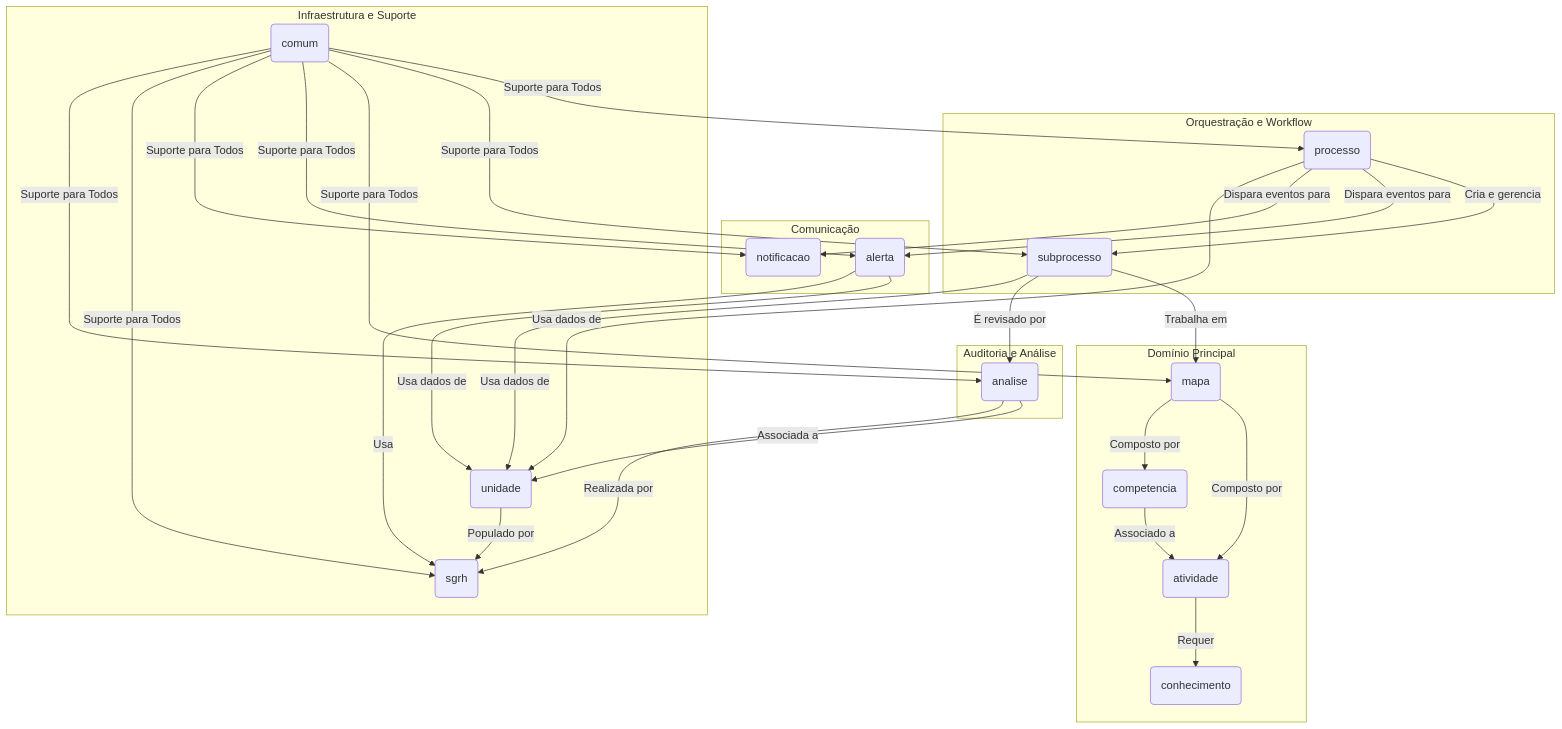
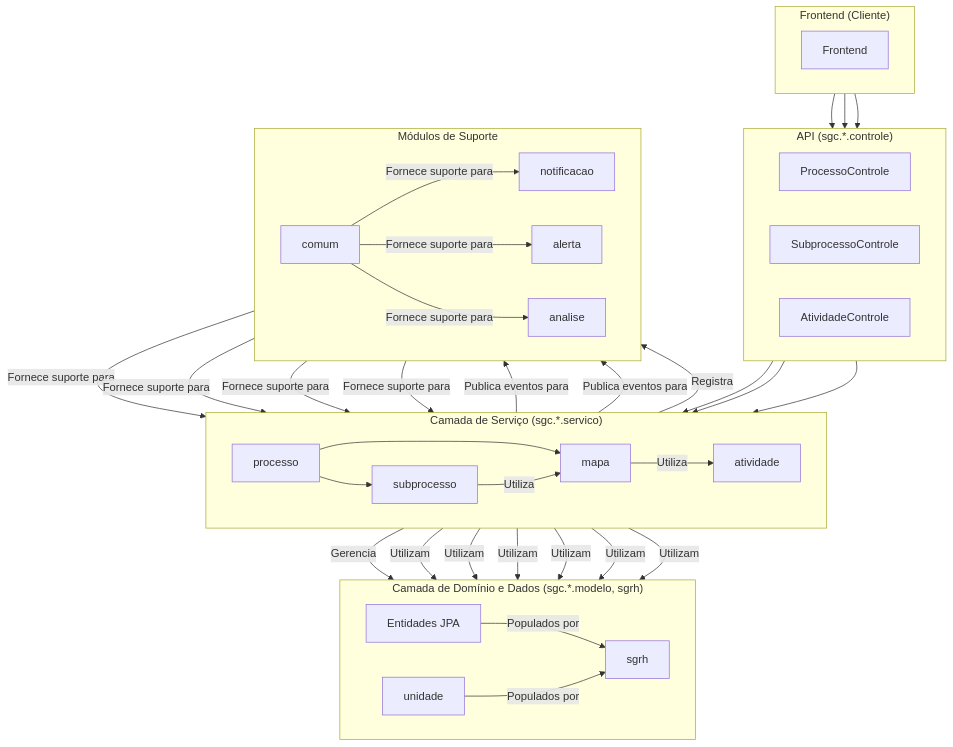
The diagram in backend/README.md (lgalvao/sgc), drawn with Mermaid before and after one commit. The commit also changed other lines of this file and 12 other files, not shown here.

````diff
--- a/backend/README.md
+++ b/backend/README.md
@@ -9,58 +11,61 @@
 ```mermaid
 graph TD
-    subgraph "Orquestração e Workflow"
-        P(processo)
-        SP(subprocesso)
+    subgraph "Frontend (Cliente)"
+        direction LR
+        Frontend
     end
 
-    subgraph "Domínio Principal"
-        M(mapa)
-        A(atividade)
-        C(competencia)
-        K(conhecimento)
+    subgraph "API (sgc.*.controle)"
+        direction LR
+        ProcessoControle
+        SubprocessoControle
+        AtividadeControle
     end
 
-    subgraph "Comunicação"
-        AL(alerta)
-        N(notificacao)
+    subgraph "Camada de Serviço (sgc.*.servico)"
+        direction LR
+        P[processo]
+        SP[subprocesso]
+        M[mapa]
+        A[atividade]
     end
 
-    subgraph "Infraestrutura e Suporte"
-        S(sgrh)
-        U(unidade)
-        CM(comum)
+    subgraph "Camada de Domínio e Dados (sgc.*.modelo, sgrh)"
+        direction LR
+        Dominio[Entidades JPA]
+        SGRH[sgrh]
+        Unidade[unidade]
     end
 
-    subgraph "Auditoria e Análise"
-        AN(analise)
+    subgraph "Módulos de Suporte"
+        direction LR
+        Notificacao[notificacao]
+        Alerta[alerta]
+        Analise[analise]
+        Comum[comum]
     end
 
-    P -- Cria e gerencia --> SP
-    SP -- Trabalha em --> M
-    SP -- É revisado por --> AN
+    Frontend --> ProcessoControle
+    Frontend --> SubprocessoControle
+    Frontend --> AtividadeControle
 
-    M -- Composto por --> A
-    M -- Composto por --> C
-    C -- Associado a --> A
-    A -- Requer --> K
+    ProcessoControle --> P
+    SubprocessoControle --> SP
+    AtividadeControle --> A
 
-    P -- Dispara eventos para --> AL
-    P -- Dispara eventos para --> N
+    P --> SP
+    P --> M
+    P -- Publica eventos para --> Notificacao & Alerta
 
-    P -- Usa dados de --> U
-    SP -- Usa dados de --> U
-    AL -- Usa dados de --> U
-    AN -- Associada a --> U
+    SP -- Utiliza --> M
+    SP -- Registra --> Analise
 
-    U -- Populado por --> S
-    AL -- Usa --> S
-    AN -- Realizada por --> S
+    M -- Utiliza --> A
 
-    CM -- Suporte para Todos --> P
-    CM -- Suporte para Todos --> SP
-    CM -- Suporte para Todos --> M
-    CM -- Suporte para Todos --> AL
-    CM -- Suporte para Todos --> N
-    CM -- Suporte para Todos --> S
-    CM -- Suporte para Todos --> AN
+    A -- Gerencia --> Dominio
+
+    P & SP & A -- Utilizam --> Dominio & Unidade
+    Dominio & Unidade -- Populados por --> SGRH
+
+    Comum -- Fornece suporte para --> P & SP & M & A & Notificacao & Alerta & Analise
 ```
````
